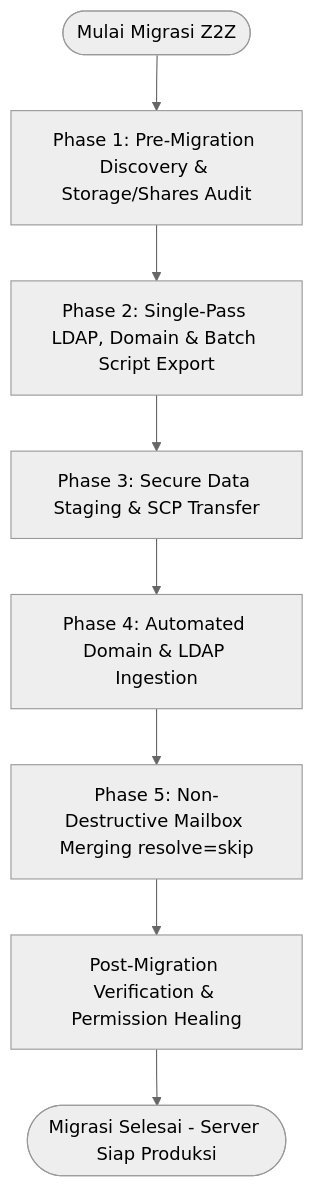
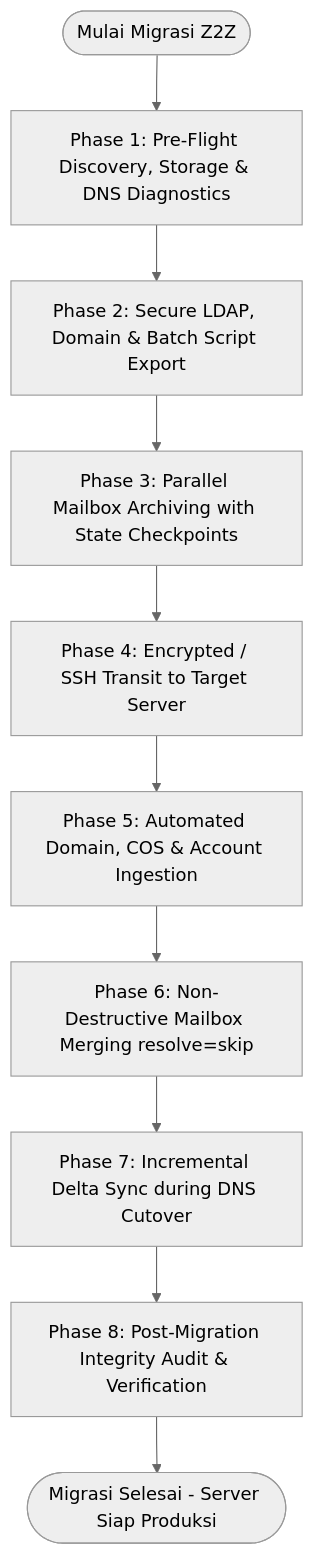
Before and after one commit to alsyundawy/Zimbra2Zimbra-Migration-Tool: the diagram in README.md, drawn with Mermaid (neutral theme). The commit also changed other lines of this file and 27 other files, not shown here.

Commit message:
feat: release v1.0.6 - state checkpoints, parallel concurrency, security credential shield, delta sync, and enterprise utilities suite

````diff
--- a/README.md
+++ b/README.md
@@ -106,10 +107,12 @@
 ```mermaid
 flowchart TD
-    Start([Mulai Migrasi Z2Z]) --> Phase1[Phase 1: Pre-Migration Discovery & Storage/Shares Audit]
-    Phase1 --> Phase2[Phase 2: Single-Pass LDAP, Domain & Batch Script Export]
-    Phase2 --> Phase3[Phase 3: Secure Data Staging & SCP Transfer]
-    Phase3 --> Phase4[Phase 4: Automated Domain & LDAP Ingestion]
-    Phase4 --> Phase5[Phase 5: Non-Destructive Mailbox Merging resolve=skip]
-    Phase5 --> Verify[Post-Migration Verification & Permission Healing]
+    Start([Mulai Migrasi Z2Z]) --> Phase1[Phase 1: Pre-Flight Discovery, Storage & DNS Diagnostics]
+    Phase1 --> Phase2[Phase 2: Secure LDAP, Domain & Batch Script Export]
+    Phase2 --> Phase3[Phase 3: Parallel Mailbox Archiving with State Checkpoints]
+    Phase3 --> Phase4[Phase 4: Encrypted / SSH Transit to Target Server]
+    Phase4 --> Phase5[Phase 5: Automated Domain, COS & Account Ingestion]
+    Phase5 --> Phase6[Phase 6: Non-Destructive Mailbox Merging resolve=skip]
+    Phase6 --> Phase7[Phase 7: Incremental Delta Sync during DNS Cutover]
+    Phase7 --> Verify[Phase 8: Post-Migration Integrity Audit & Verification]
     Verify --> Finish([Migrasi Selesai - Server Siap Produksi])
 ```
````
